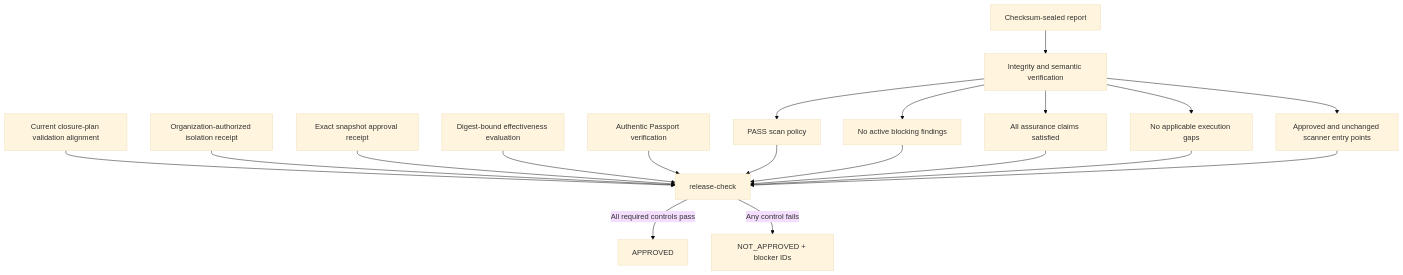
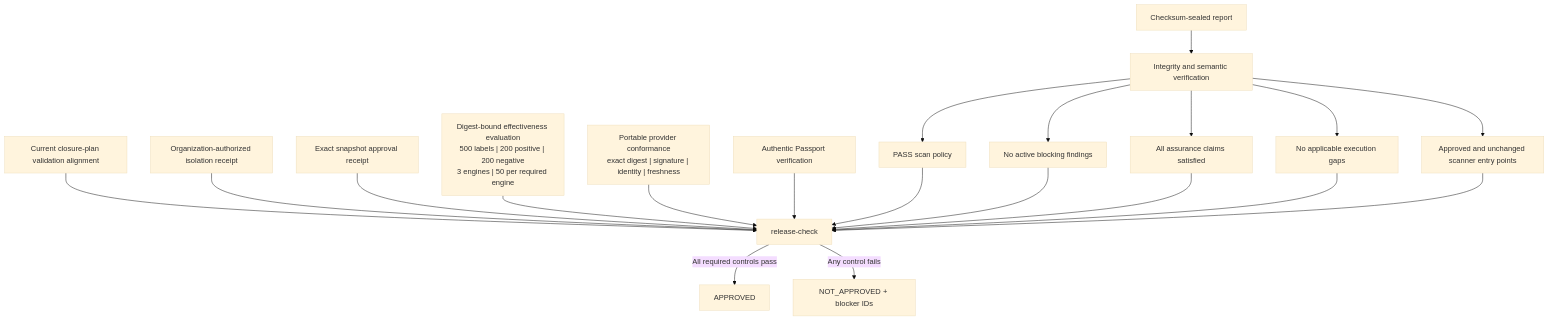
Before and after one commit to willtran87/project-py-security-suite: the diagram in docs/release-readiness.md, drawn with Mermaid (base theme). The commit also changed other lines of this file and 303 other files, not shown here.

````diff
--- a/docs/release-readiness.md
+++ b/docs/release-readiness.md
@@ -12,21 +12,22 @@
 ```mermaid
 flowchart TD
     Report["Checksum-sealed report"] --> Verify["Integrity and semantic verification"]
     Verify --> Policy["PASS scan policy"]
     Verify --> Findings["No active blocking findings"]
     Verify --> Claims["All assurance claims satisfied"]
     Verify --> Coverage["No applicable execution gaps"]
     Verify --> Trust["Approved and unchanged scanner entry points"]
     Closure["Current closure-plan validation alignment"] --> Gate
     Isolation["Organization-authorized isolation receipt"] --> Gate["release-check"]
     Intel["Exact snapshot approval receipt"] --> Gate
-    Benchmark["Digest-bound effectiveness evaluation"] --> Gate
+    Benchmark["Digest-bound effectiveness evaluation<br/>500 labels | 200 positive | 200 negative<br/>3 engines | 50 per required engine"] --> Gate
+    Provider["Portable provider conformance<br/>exact digest | signature | identity | freshness"] --> Gate
     Passport["Authentic Passport verification"] --> Gate
     Policy --> Gate
     Findings --> Gate
     Claims --> Gate
     Coverage --> Gate
     Trust --> Gate
     Gate -->|All required controls pass| Approve["APPROVED"]
     Gate -->|Any control fails| Block["NOT_APPROVED + blocker IDs"]
 ```
````
